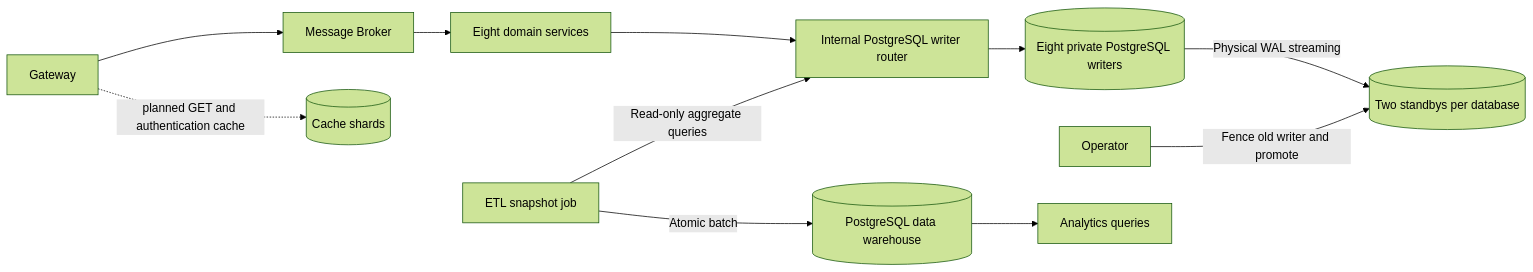
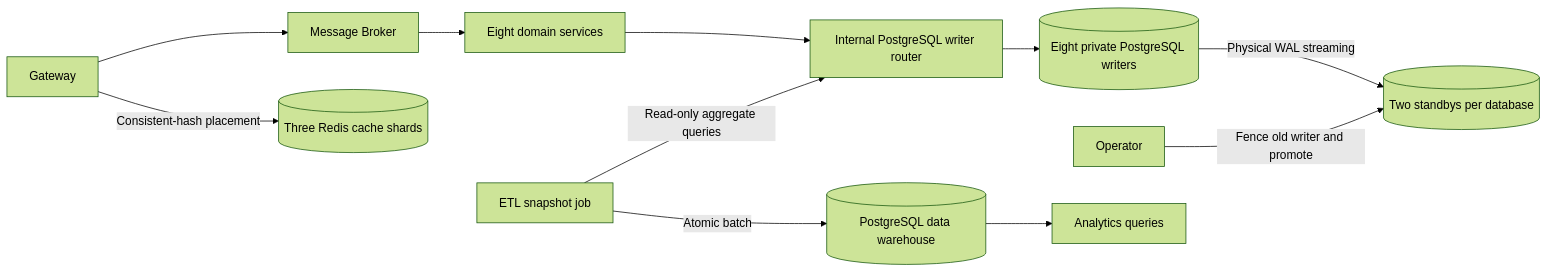
The first of 3 diagrams in docs/architecture.md (PAD-TEAM-7/PAD-TEAM-7), drawn with Mermaid (forest theme) before and after one commit. The commit also changed other lines of this file and 5 other files, not shown here.

Commit message:
feat(platform): deploy three Lab 5 cache shards and add business verification

````diff
--- a/docs/architecture.md
+++ b/docs/architecture.md
@@ -7,13 +8,13 @@
 ```mermaid
 flowchart LR
     Gateway[Gateway] --> Broker[Message Broker]
     Broker --> Services[Eight domain services]
     Services --> Router[Internal PostgreSQL writer router]
     ETL[ETL snapshot job] -->|Read-only aggregate queries| Router
     Router --> Sources[(Eight private PostgreSQL writers)]
     Sources -->|Physical WAL streaming| Standbys[(Two standbys per database)]
     Operator[Operator] -->|Fence old writer and promote| Standbys
     ETL -->|Atomic batch| Warehouse[(PostgreSQL data warehouse)]
     Warehouse --> Analytics[Analytics queries]
-    Gateway -. planned GET and authentication cache .-> Cache[(Cache shards)]
+    Gateway -->|Consistent-hash placement| Cache[(Three Redis cache shards)]
 ```
````
